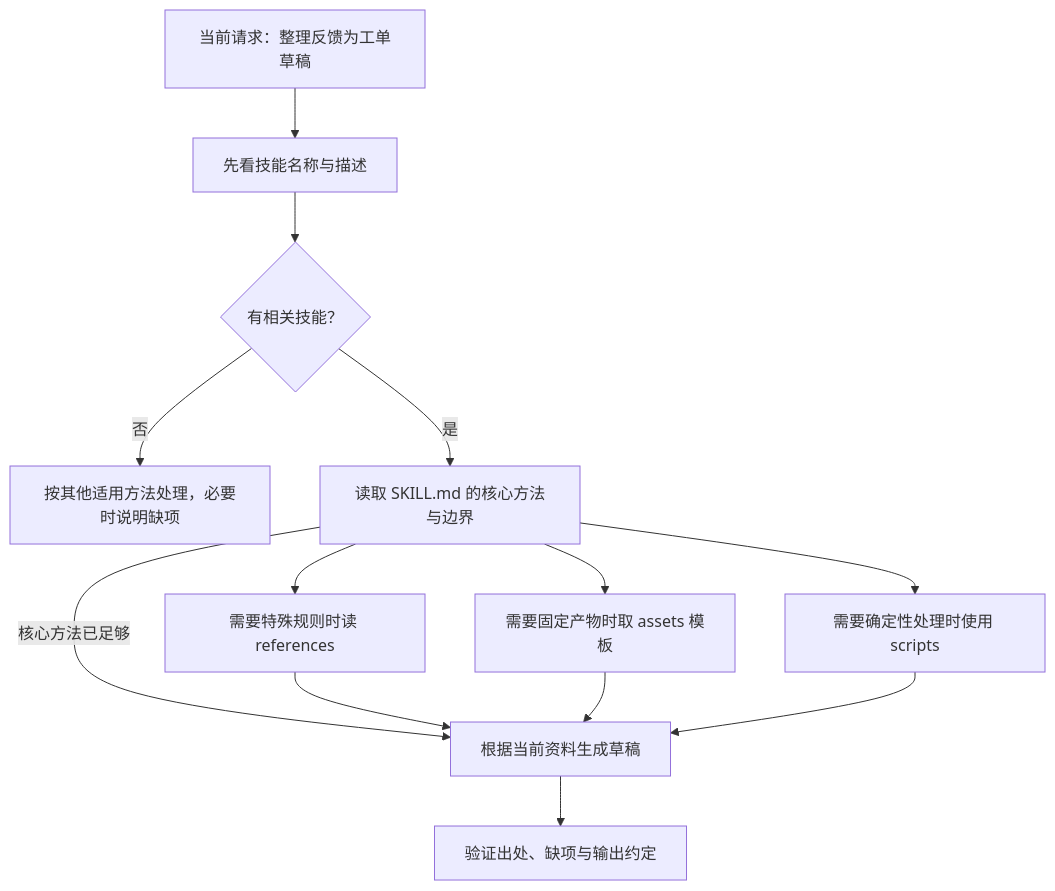
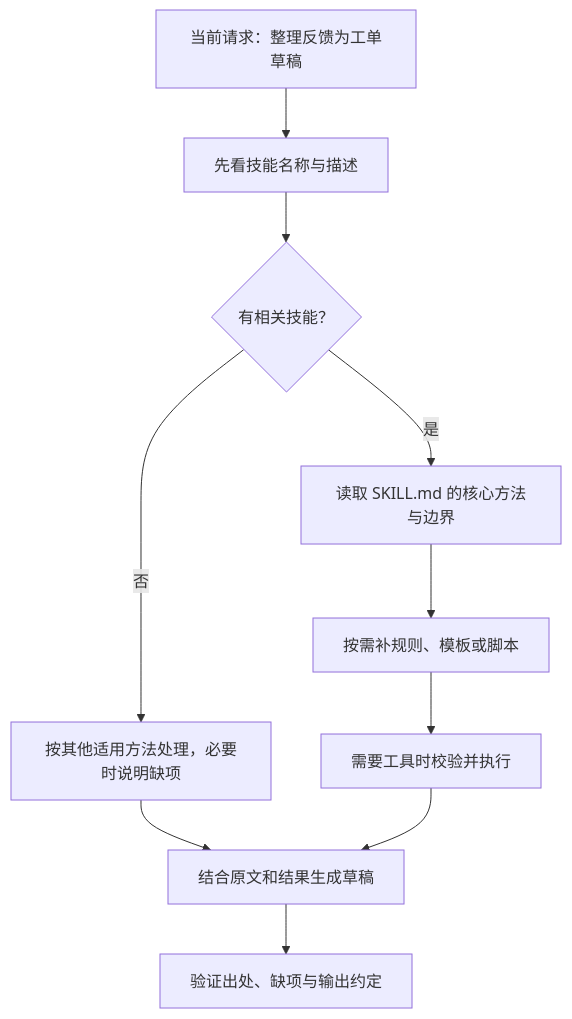
One commit to junheng/digitalgarden changed the second of 2 diagrams in src/site/notes/03 - Resources/Published/Agent 应用指南/02 - 如何设计好的 Agent.md. Above: the diagram before and after it, drawn with Mermaid. The commit also changed other lines of this file and 4 other files, not shown here.

````diff
--- a/src/site/notes/03 - Resources/Published/Agent 应用指南/02 - 如何设计好的 Agent.md
+++ b/src/site/notes/03 - Resources/Published/Agent 应用指南/02 - 如何设计好的 Agent.md
@@ -148,15 +235,12 @@
 ```mermaid
 flowchart TD
     Q["当前请求：整理反馈为工单草稿"] --> I["先看技能名称与描述"]
     I --> C{"有相关技能？"}
     C -->|否| N["按其他适用方法处理，必要时说明缺项"]
+    N --> O["结合原文和结果生成草稿"]
     C -->|是| S["读取 SKILL.md 的核心方法与边界"]
-    S -->|核心方法已足够| O["根据当前资料生成草稿"]
-    S --> R["需要特殊规则时读 references"]
-    S --> T["需要固定产物时取 assets 模板"]
-    S --> P["需要确定性处理时使用 scripts"]
-    R --> O
+    S --> R["按需补规则、模板或脚本"]
+    R --> T["需要工具时校验并执行"]
     T --> O
-    P --> O
     O --> V["验证出处、缺项与输出约定"]
 ```
````
